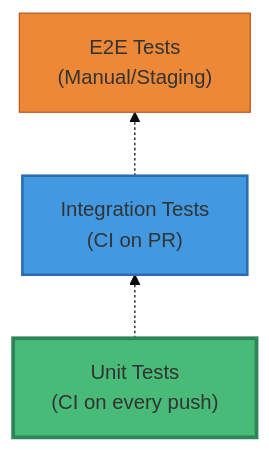
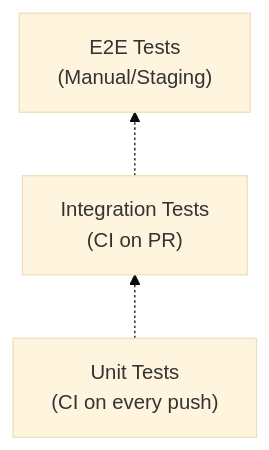
Before and after one commit to vishnu2kmohan/mcp-server-langgraph: the second of 2 diagrams in docs/reference/development/ci-cd.mdx, drawn with Mermaid (base theme). The commit also changed 11 other files, not shown here.

First line of the commit message:
docs: modernize Mermaid diagrams to follow 2025 best practices

````diff
--- a/docs/reference/development/ci-cd.mdx
+++ b/docs/reference/development/ci-cd.mdx
@@ -355,13 +355,10 @@
 ```mermaid
 flowchart BT
     A["Unit Tests<br/>(CI on every push)"]
     B["Integration Tests<br/>(CI on PR)"]
     C["E2E Tests<br/>(Manual/Staging)"]
 
     A -.-> B
     B -.-> C
 
-    style A fill:#48bb78,stroke:#2f855a,stroke-width:3px
-    style B fill:#4299e1,stroke:#2b6cb0,stroke-width:2px
-    style C fill:#ed8936,stroke:#c05621,stroke-width:1px
 ```
````
